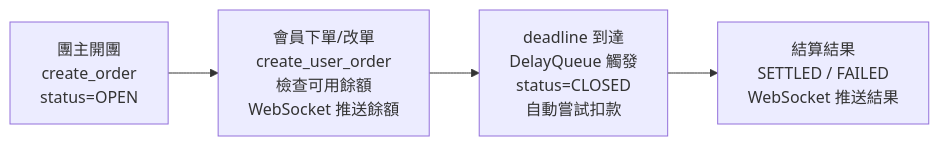
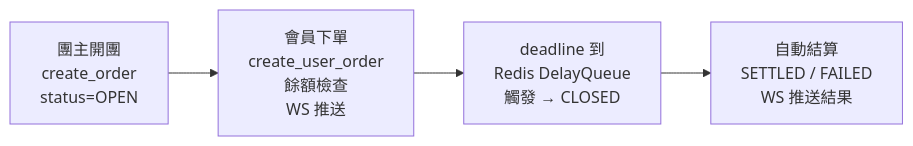
One commit to AlleyCC/order_sys changed the second of 6 diagrams in README.md. Above: the diagram before and after it, drawn with Mermaid. The commit also changed other lines of this file, not shown here.

````diff
--- a/README.md
+++ b/README.md
@@ -181,6 +174,6 @@
 ```mermaid
 flowchart LR
-    A["團主開團<br/>create_order<br/>status=OPEN"] --> B["會員下單/改單<br/>create_user_order<br/>檢查可用餘額<br/>WebSocket 推送餘額"]
-    B --> C["deadline 到達<br/>DelayQueue 觸發<br/>status=CLOSED<br/>自動嘗試扣款"]
-    C --> D["結算結果<br/>SETTLED / FAILED<br/>WebSocket 推送結果"]
+    A["團主開團<br/>create_order<br/>status=OPEN"] --> B["會員下單<br/>create_user_order<br/>餘額檢查<br/>WS 推送"]
+    B --> C["deadline 到<br/>Redis DelayQueue<br/>觸發 → CLOSED"]
+    C --> D["自動結算<br/>SETTLED / FAILED<br/>WS 推送結果"]
 ```
````
